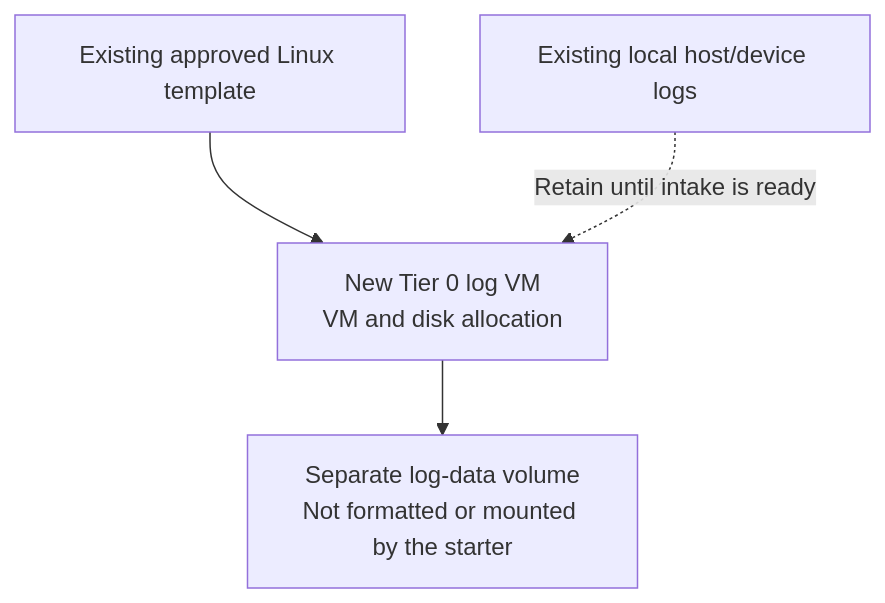
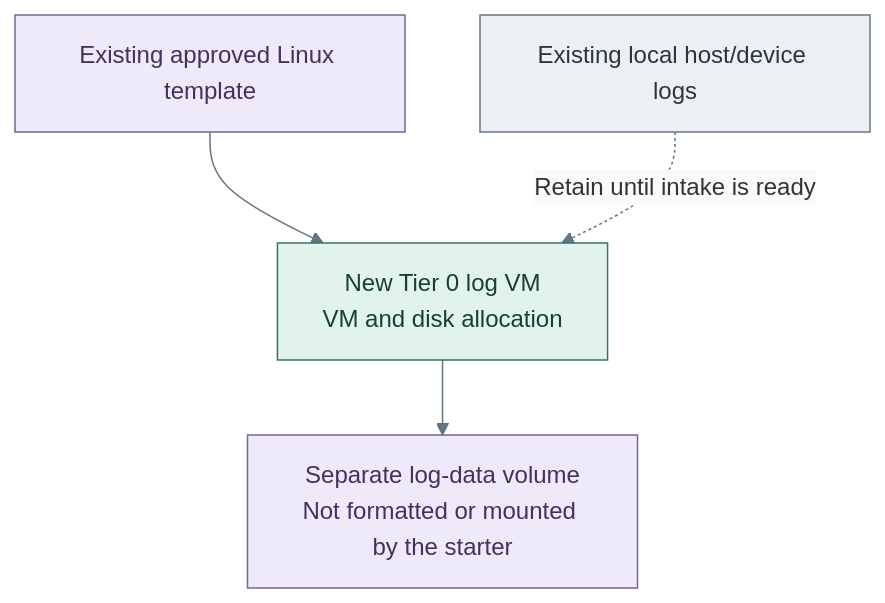
One commit to Rexus/homelab changed the first of 3 diagrams in docs/deployment/stage-1-logging/README.md. Above: the diagram before and after it, drawn with Mermaid. The commit also changed other lines of this file and 49 other files, not shown here.

Commit message:
docs(diagrams): clarify tier layouts and visual styles

````diff
--- a/docs/deployment/stage-1-logging/README.md
+++ b/docs/deployment/stage-1-logging/README.md
@@ -30,6 +30,14 @@
 ```mermaid
+%%{init: {"theme":"base","themeVariables":{"lineColor":"#627581","edgeLabelBackground":"#f8fafc"}}}%%
 flowchart TB
   Template["Existing approved Linux template"] --> VM["New Tier 0 log VM<br/>VM and disk allocation"]
   VM --> Data["Separate log-data volume<br/>Not formatted or mounted by the starter"]
   Local["Existing local host/device logs"] -. Retain until intake is ready .-> VM
+  classDef default fill:#f8fafc,stroke:#64748b,color:#1f2937
+  classDef data fill:#eeeafa,stroke:#78639b,color:#42325d
+  classDef control fill:#e2f3ed,stroke:#397366,color:#173f36
+  classDef actor fill:#edf0f3,stroke:#697682,color:#293642
+  class Template,Data data
+  class VM control
+  class Local actor
 ```
````
